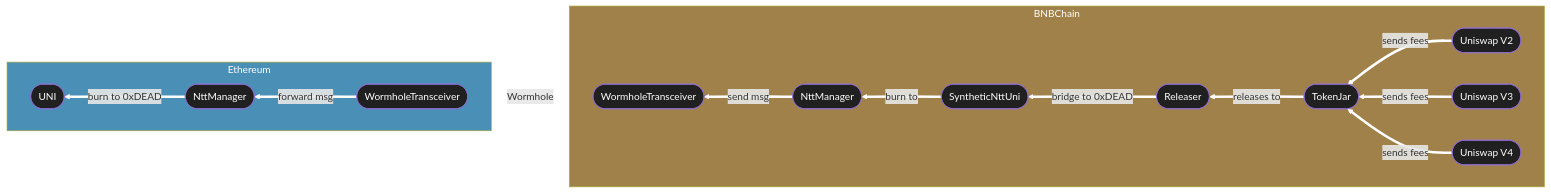
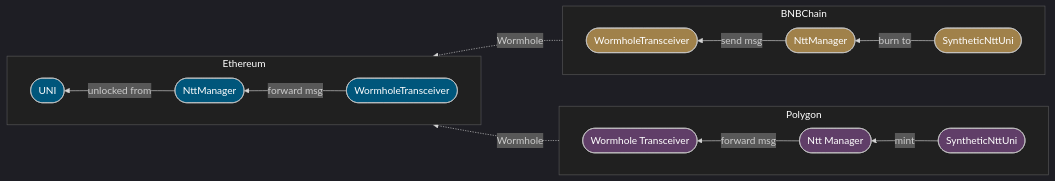
One commit to Uniswap/protocol-fees changed the fifth of 9 diagrams in script/proposal-4/Index.md. Above: the diagram before and after it, drawn with Mermaid. The commit also changed other lines of this file and 1 other file, not shown here.

````diff
--- a/script/proposal-4/Index.md
+++ b/script/proposal-4/Index.md
@@ -188,41 +311,47 @@
 ```mermaid
+---
+config:
+    theme: 'dark'
+---
 flowchart RL
-    ETH_WT([WormholeTransceiver])
-    ETH_NTT([NttManager])
-    ETH_UNI([UNI])
-    BNB_WT([WormholeTransceiver])
-    BNB_NTT([NttManager])
-    BNB_UNI([SyntheticNttUni])
-    BNB_R([Releaser])
-    BNB_TJ([TokenJar])
-    BNB_V2([Uniswap V2])
-    BNB_V3([Uniswap V3])
-    BNB_V4([Uniswap V4])
+    WormholeTransceiverETH([WormholeTransceiver]):::on_eth
+    NttManagerETH([NttManager]):::on_eth
+    UNIETH([UNI]):::on_eth
+    WormholeTransceiverBNB([WormholeTransceiver]):::on_bnb
+    NttManagerBNB([NttManager]):::on_bnb
+    UNIBNB([SyntheticNttUni]):::on_bnb
+    WormholeTransceiverPOL([Wormhole Transceiver]):::on_pol
+    NttManagerPOL([Ntt Manager]):::on_pol
+    UNIPOL([SyntheticNttUni]):::on_pol
 
     subgraph Ethereum
         direction RL
-        ETH_WT -->|forward msg| ETH_NTT
-        ETH_NTT -->|burn to 0xDEAD| ETH_UNI
+        WormholeTransceiverETH -->|forward msg| NttManagerETH
+        NttManagerETH -->|unlocked from| UNIETH
     end
 
     BNBChain -.->|Wormhole| Ethereum
 
     subgraph BNBChain
         direction RL
-        BNB_V2 -->|sends fees| BNB_TJ
-        BNB_V3 -->|sends fees| BNB_TJ
-        BNB_V4 -->|sends fees| BNB_TJ
-        BNB_TJ -->|releases to| BNB_R
-        BNB_R -->|"bridge to 0xDEAD"| BNB_UNI
-        BNB_UNI -->|burn to| BNB_NTT
-        BNB_NTT -->|send msg| BNB_WT
+        UNIBNB -->|burn to| NttManagerBNB
+        NttManagerBNB -->|send msg| WormholeTransceiverBNB
     end
 
-    Ethereum:::on_eth
-    BNBChain:::on_bnb
+    Polygon -.->|Wormhole| Ethereum
 
-    linkStyle default stroke:#fff,stroke-width:4px
-    classDef default fill:#202020,color:#fff
+    subgraph Polygon
+        direction RL
+        UNIPOL -->|mint| NttManagerPOL
+        NttManagerPOL -->|forward msg| WormholeTransceiverPOL
+    end
+
+    Ethereum:::sub
+    BNBChain:::sub
+    Polygon:::sub
+
     classDef on_bnb fill:#a0814a,color:#fff
-    classDef on_eth fill:#498fb6,color:#fff
+    classDef on_eth fill:#00567b,color:#fff
+    classDef on_pol fill:#603e68,color:#fff
+    classDef sub fill:#202020,color:#fff
 ```
````
